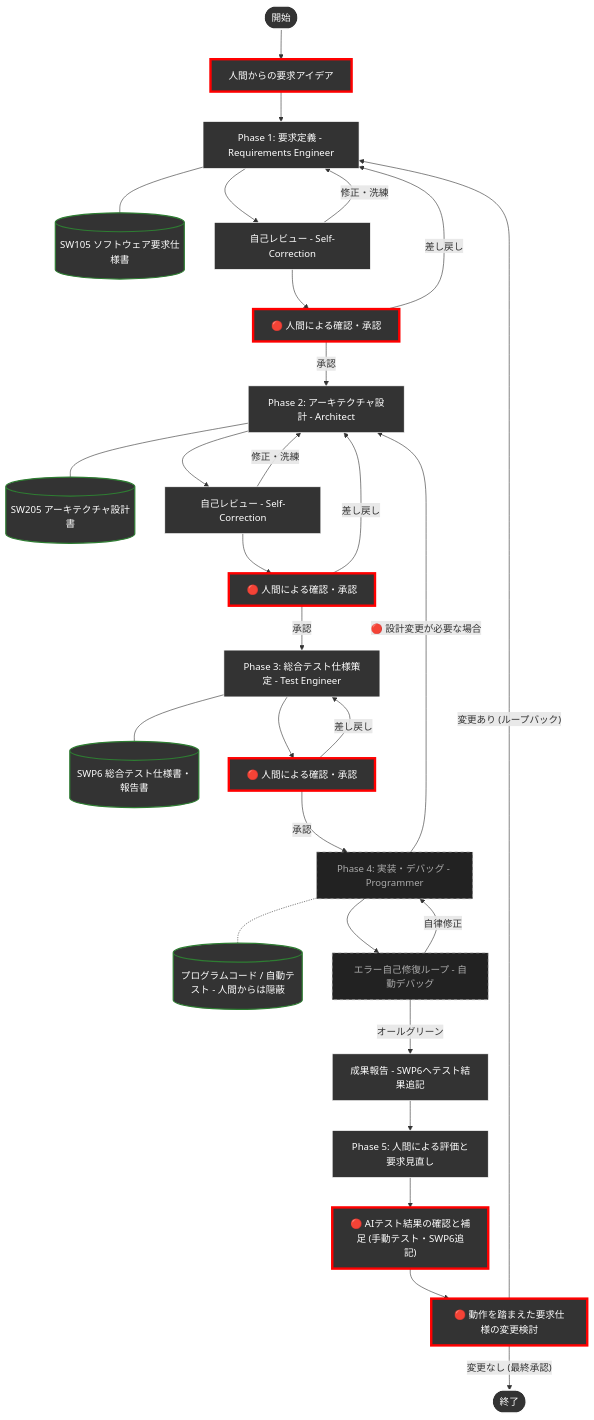
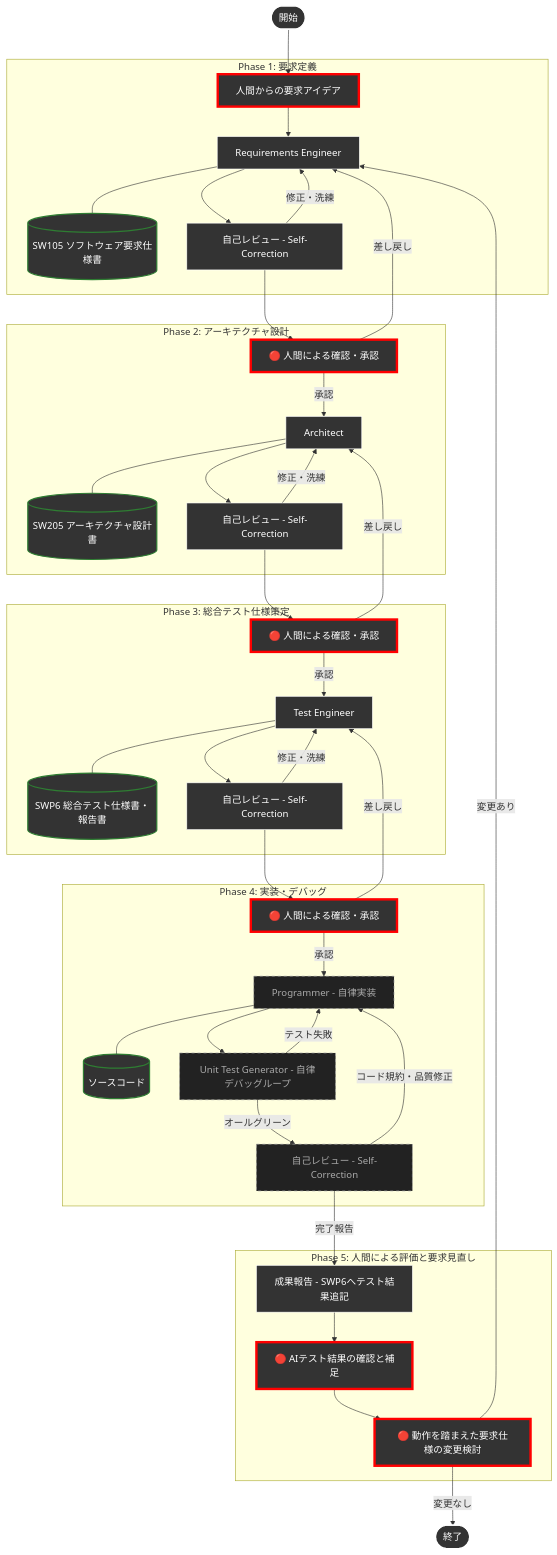
Before and after one commit to yamaPiT/SmartScene: the diagram in README.md, drawn with Mermaid. The commit also changed other lines of this file and 29 other files, not shown here.

````diff
--- a/README.md
+++ b/README.md
@@ -205,54 +183,61 @@
 ```mermaid
 graph TD
     Start(["開始"]) --> UserReq["人間からの要求アイデア"]
-    
-    %% Phase 1
-    UserReq --> Req["Phase 1: 要求定義 - Requirements Engineer"]
-    Req --- ReqDoc[("SW105 ソフトウェア要求仕様書")]
-    Req --> ReqRev["自己レビュー - Self-Correction"]
-    ReqRev -- 修正・洗練 --> Req
+
+    subgraph P1 ["Phase 1: 要求定義"]
+        UserReq --> Req["Requirements Engineer"]
+        Req --- ReqDoc[("SW105 ソフトウェア要求仕様書")]
+        Req --> ReqRev["自己レビュー - Self-Correction"]
+        ReqRev -- 修正・洗練 --> Req
+    end
     ReqRev --> ReqHum["🔴 人間による確認・承認"]
     ReqHum -- 差し戻し --> Req
-    
-    %% Phase 2
-    ReqHum -- 承認 --> Arch["Phase 2: アーキテクチャ設計 - Architect"]
-    Arch --- ArchDoc[("SW205 アーキテクチャ設計書")]
-    Arch --> ArchRev["自己レビュー - Self-Correction"]
-    ArchRev -- 修正・洗練 --> Arch
+
+    subgraph P2 ["Phase 2: アーキテクチャ設計"]
+        ReqHum -- 承認 --> Arch["Architect"]
+        Arch --- ArchDoc[("SW205 アーキテクチャ設計書")]
+        Arch --> ArchRev["自己レビュー - Self-Correction"]
+        ArchRev -- 修正・洗練 --> Arch
+    end
     ArchRev --> ArchHum["🔴 人間による確認・承認"]
     ArchHum -- 差し戻し --> Arch
-    
-    %% Phase 3
-    ArchHum -- 承認 --> TestPlan["Phase 3: 総合テスト仕様策定 - Test Engineer"]
-    TestPlan --- TestDoc[("SWP6 総合テスト仕様書・報告書")]
-    TestPlan --> TestHum["🔴 人間による確認・承認"]
+
+    subgraph P3 ["Phase 3: 総合テスト仕様策定"]
+        ArchHum -- 承認 --> TestPlan["Test Engineer"]
+        TestPlan --- TestDoc[("SWP6 総合テスト仕様書・報告書")]
+        TestPlan --> TestRev["自己レビュー - Self-Correction"]
+        TestRev -- 修正・洗練 --> TestPlan
+    end
+    TestRev --> TestHum["🔴 人間による確認・承認"]
     TestHum -- 差し戻し --> TestPlan
-    
-    %% Phase 4
-    TestHum -- 承認 --> Impl["Phase 4: 実装・デバッグ - Programmer"]
-    Impl -.- ProgDoc[("プログラムコード / 自動テスト - 人間からは隠蔽")]
-    Impl --> ImplLoop["エラー自己修復ループ - 自動デバッグ"]
-    ImplLoop -- 自律修正 --> Impl
-    Impl -- 🔴 設計変更が必要な場合 --> Arch
-    
-    %% Phase 5: 成果報告と評価
-    ImplLoop -- オールグリーン --> Report["成果報告 - SWP6へテスト結果追記"]
-    Report --> Eval["Phase 5: 人間による評価と要求見直し"]
-    Eval --> Eval1["🔴 AIテスト結果の確認と補足 (手動テスト・SWP6追記)"]
-    Eval1 --> Eval2["🔴 動作を踏まえた要求仕様の変更検討"]
-    Eval2 -- 変更あり (ループバック) --> Req
-    Eval2 -- 変更なし (最終承認) --> End(["終了"])
+
+    subgraph P4 ["Phase 4: 実装・デバッグ"]
+        TestHum -- 承認 --> Impl["Programmer - 自律実装"]
+        Impl --- ProgDoc[("ソースコード")]
+        Impl --> ImplLoop["Unit Test Generator - 自律デバッグループ"]
+        ImplLoop -- テスト失敗 --> Impl
+        ImplLoop -- オールグリーン --> CodeRev["自己レビュー - Self-Correction"]
+        CodeRev -- コード規約・品質修正 --> Impl
+    end
+
+    subgraph P5 ["Phase 5: 人間による評価と要求見直し"]
+        CodeRev -- 完了報告 --> Report["成果報告 - SWP6へテスト結果追記"]
+        Report --> Eval1["🔴 AIテスト結果の確認と補足"]
+        Eval1 --> Eval2["🔴 動作を踏まえた要求仕様の変更検討"]
+    end
+    Eval2 -- 変更あり --> Req
+    Eval2 -- 変更なし --> End(["終了"])
 
     %% スタイル定義
     classDef human fill:#333333,stroke:#ff0000,stroke-width:4px,color:#ffffff;
     classDef agent fill:#333333,stroke:#FFFFFF,stroke-width:1px,color:#ffffff;
     classDef doc fill:#333333,stroke:#2e7d32,stroke-width:2px,color:#ffffff;
     classDef hiddenAgent fill:#222222,stroke:#aaaaaa,stroke-width:1px,stroke-dasharray: 5 5,color:#aaaaaa;
     classDef startEnd fill:#333333,stroke:#ffffff,stroke-width:2px,color:#ffffff;
 
     class UserReq,ReqHum,ArchHum,TestHum,Eval1,Eval2 human;
-    class Req,ReqRev,Arch,ArchRev,TestPlan,Report,Eval agent;
-    class Impl,ImplLoop hiddenAgent;
+    class Req,ReqRev,Arch,ArchRev,TestPlan,TestRev,Report agent;
+    class Impl,ImplLoop,CodeRev hiddenAgent;
     class ReqDoc,ArchDoc,ProgDoc,TestDoc doc;
     class Start,End startEnd;
 ```
````
